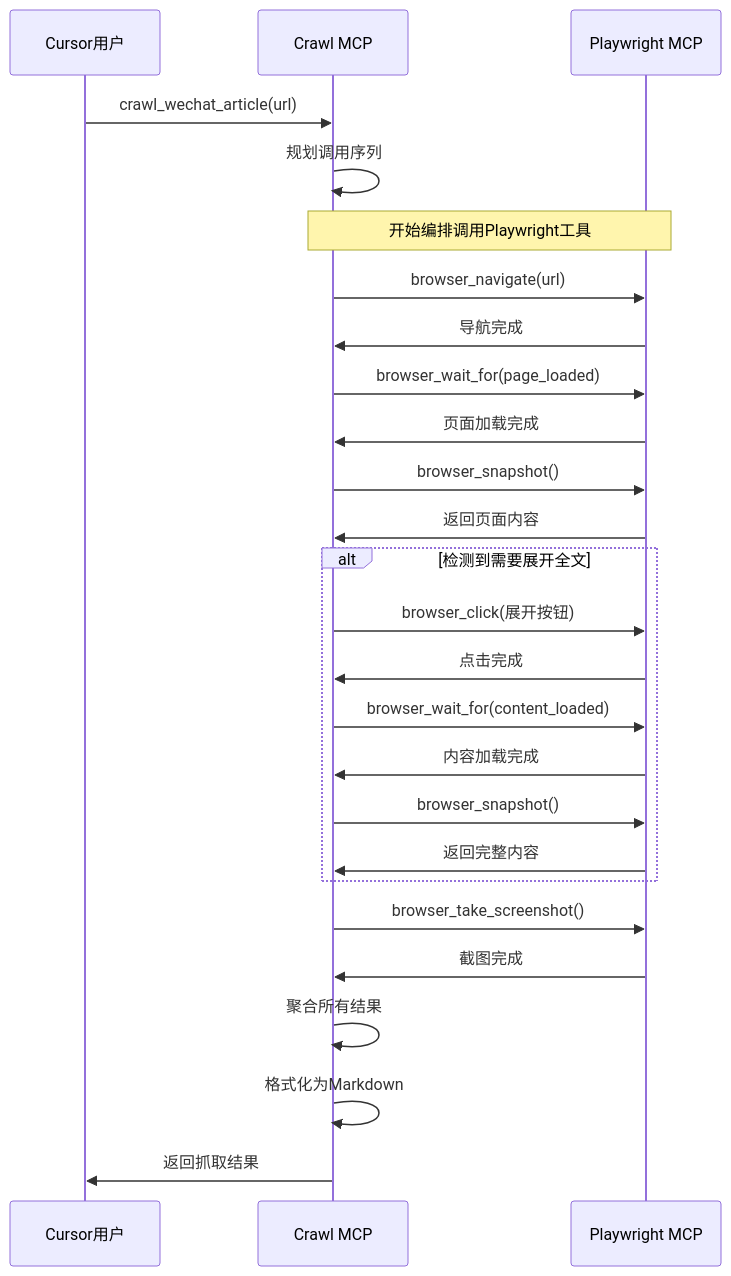
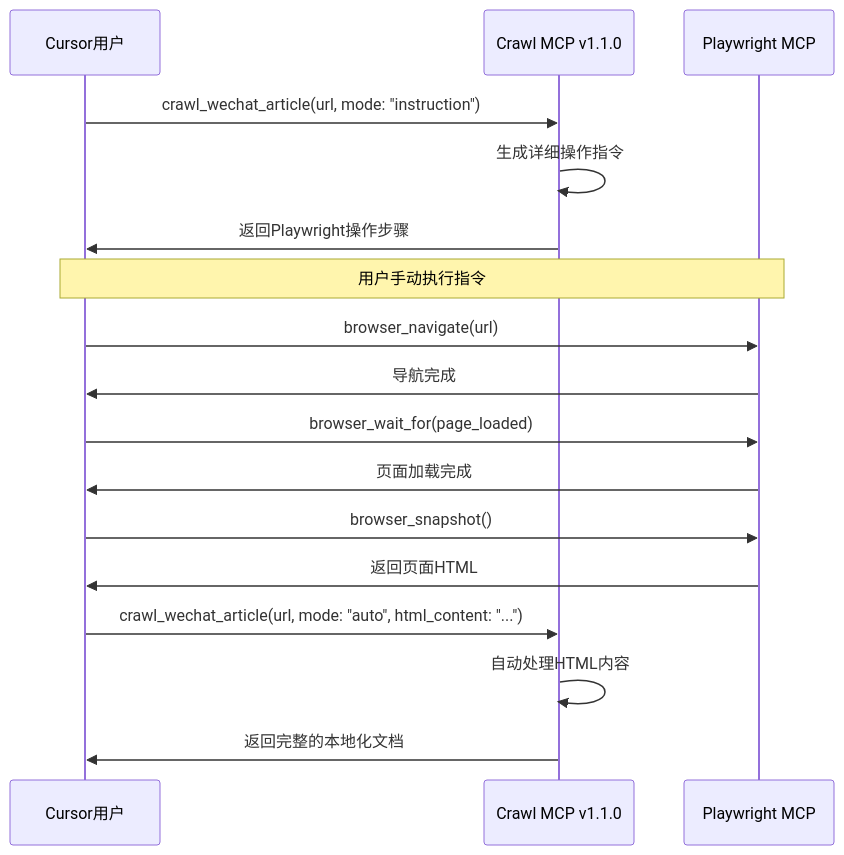
The second of 3 diagrams in docs/crawl.md (wutongci/crawl-mcp), drawn with Mermaid before and after one commit. The commit also changed other lines of this file and 9 other files, not shown here.

````diff
--- a/docs/crawl.md
+++ b/docs/crawl.md
@@ -244,35 +319,24 @@
 ```mermaid
 sequenceDiagram
     participant U as Cursor用户
-    participant C as Crawl MCP
+    participant C as Crawl MCP v1.1.0
     participant P as Playwright MCP
     
-    U->>C: crawl_wechat_article(url)
-    C->>C: 规划调用序列
+    U->>C: crawl_wechat_article(url, mode: "instruction")
+    C->>C: 生成详细操作指令
+    C->>U: 返回Playwright操作步骤
     
-    Note over C,P: 开始编排调用Playwright工具
-    C->>P: browser_navigate(url)
-    P->>C: 导航完成
+    Note over U,P: 用户手动执行指令
+    U->>P: browser_navigate(url)
+    P->>U: 导航完成
     
-    C->>P: browser_wait_for(page_loaded)
-    P->>C: 页面加载完成
+    U->>P: browser_wait_for(page_loaded)
+    P->>U: 页面加载完成
     
-    C->>P: browser_snapshot()
-    P->>C: 返回页面内容
+    U->>P: browser_snapshot()
+    P->>U: 返回页面HTML
     
-    alt 检测到需要展开全文
-        C->>P: browser_click(展开按钮)
-        P->>C: 点击完成
-        C->>P: browser_wait_for(content_loaded)
-        P->>C: 内容加载完成
-        C->>P: browser_snapshot()
-        P->>C: 返回完整内容
-    end
-    
-    C->>P: browser_take_screenshot()
-    P->>C: 截图完成
-    
-    C->>C: 聚合所有结果
-    C->>C: 格式化为Markdown
-    C->>U: 返回抓取结果
+    U->>C: crawl_wechat_article(url, mode: "auto", html_content: "...")
+    C->>C: 自动处理HTML内容
+    C->>U: 返回完整的本地化文档
 ```
````
